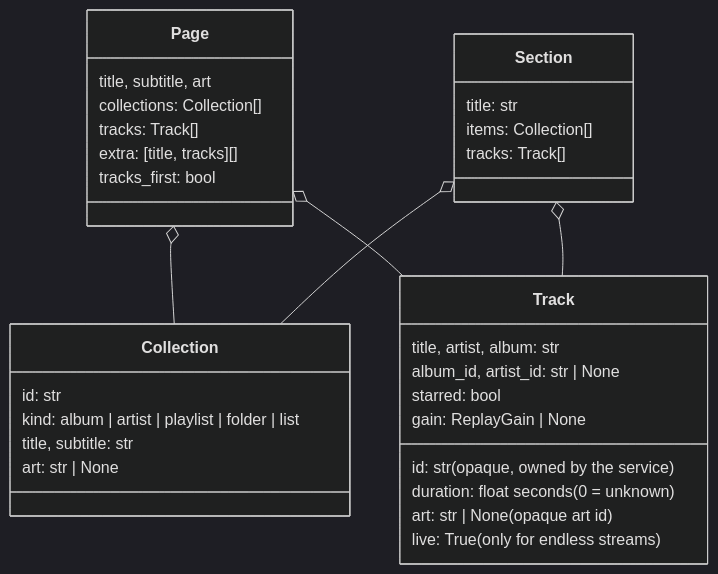
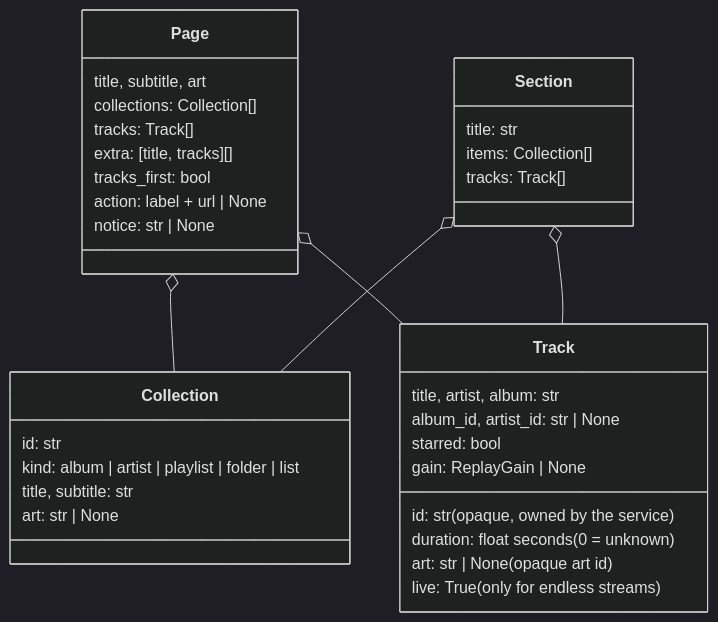
One commit to notsosaelin/MusicDeck changed the third of 4 diagrams in docs/ARCHITECTURE.md. Above: the diagram before and after it, drawn with Mermaid (dark theme). The commit also changed other lines of this file and 24 other files, not shown here.

````diff
--- a/docs/ARCHITECTURE.md
+++ b/docs/ARCHITECTURE.md
@@ -158,35 +159,37 @@
 ```mermaid
 classDiagram
   class Track {
     id: str  (opaque, owned by the service)
     title, artist, album: str
     duration: float seconds (0 = unknown)
     art: str | None  (opaque art id)
     album_id, artist_id: str | None
     starred: bool
     gain: ReplayGain | None
     live: True  (only for endless streams)
   }
   class Collection {
     id: str
     kind: album | artist | playlist | folder | list
     title, subtitle: str
     art: str | None
   }
   class Page {
     title, subtitle, art
     collections: Collection[]
     tracks: Track[]
     extra: [title, tracks][]
     tracks_first: bool
+    action: label + url | None
+    notice: str | None
   }
   class Section {
     title: str
     items: Collection[]
     tracks: Track[]
   }
   Page o-- Collection
   Page o-- Track
   Section o-- Collection
   Section o-- Track
 ```
````
